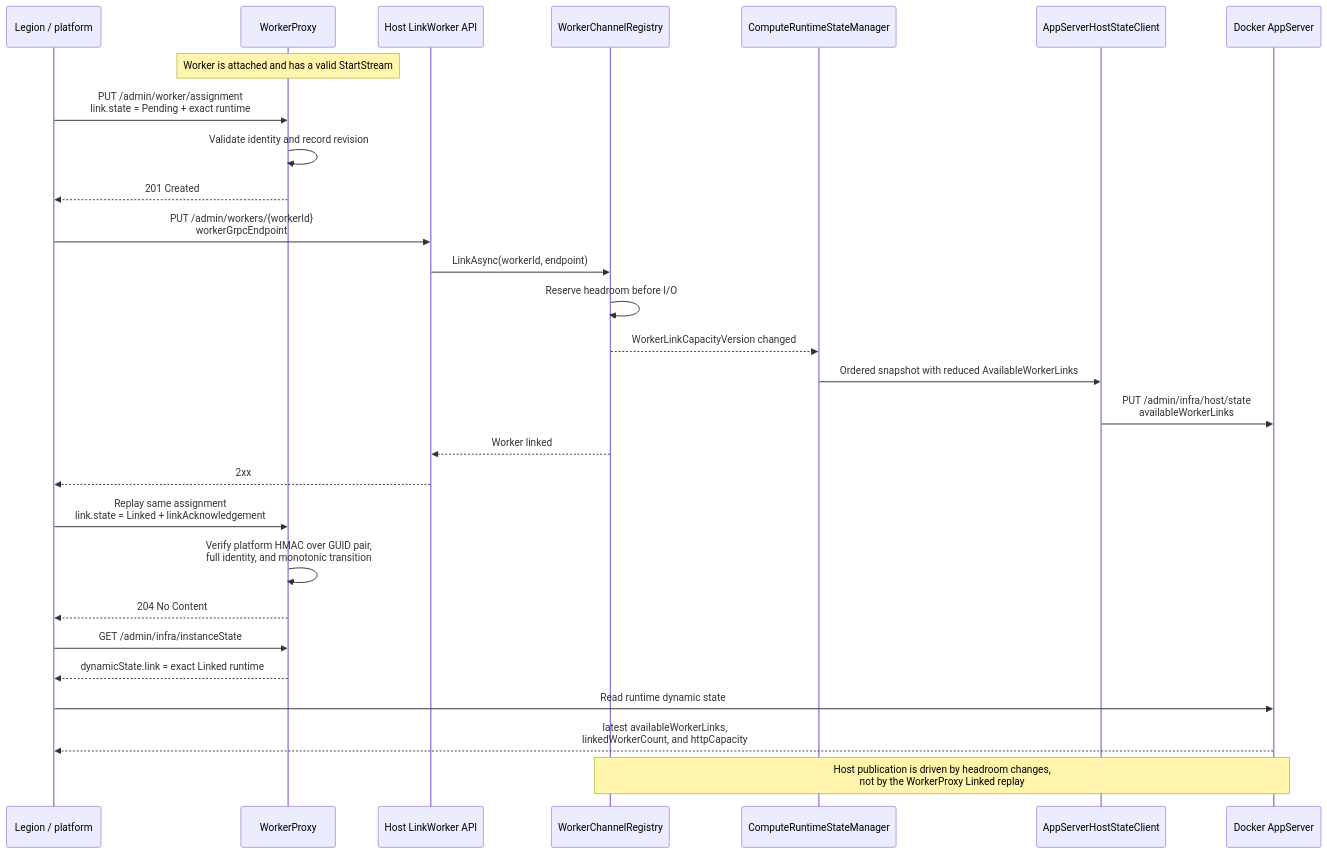
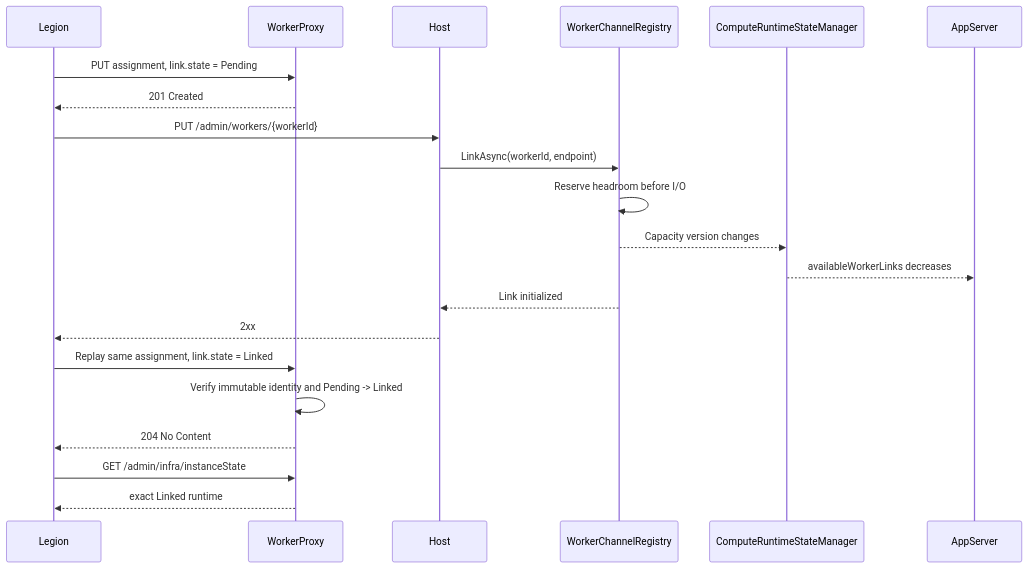
One commit to Azure/azure-functions-host changed the third of 3 diagrams in tools/ComputeSeparation/BYOCSplitWorkerSignals.md. Above: the diagram before and after it, drawn with Mermaid. The commit also changed other lines of this file and 17 other files, not shown here.

````diff
--- a/tools/ComputeSeparation/BYOCSplitWorkerSignals.md
+++ b/tools/ComputeSeparation/BYOCSplitWorkerSignals.md
@@ -72,34 +58,24 @@
 ```mermaid
 sequenceDiagram
-    participant Legion as Legion / platform
+    participant Legion
     participant Proxy as WorkerProxy
-    participant Host as Host LinkWorker API
+    participant Host
     participant Registry as WorkerChannelRegistry
-    participant State as ComputeRuntimeStateManager
-    participant Client as AppServerHostStateClient
-    participant Docker as Docker AppServer
+    participant Snapshot as ComputeRuntimeStateManager
+    participant AppServer
 
-    Note over Proxy: Worker is attached and has a valid StartStream
-    Legion->>Proxy: PUT /admin/worker/assignment<br/>link.state = Pending + exact runtime
-    Proxy->>Proxy: Validate identity and record revision
+    Legion->>Proxy: PUT assignment, link.state = Pending
     Proxy-->>Legion: 201 Created
-
-    Legion->>Host: PUT /admin/workers/{workerId}<br/>workerGrpcEndpoint
+    Legion->>Host: PUT /admin/workers/{workerId}
     Host->>Registry: LinkAsync(workerId, endpoint)
     Registry->>Registry: Reserve headroom before I/O
-    Registry-->>State: WorkerLinkCapacityVersion changed
-    State->>Client: Ordered snapshot with reduced AvailableWorkerLinks
-    Client->>Docker: PUT /admin/infra/host/state<br/>availableWorkerLinks
-    Registry-->>Host: Worker linked
+    Registry-->>Snapshot: Capacity version changes
+    Snapshot-->>AppServer: availableWorkerLinks decreases
+    Registry-->>Host: Link initialized
     Host-->>Legion: 2xx
-
-    Legion->>Proxy: Replay same assignment<br/>link.state = Linked + linkAcknowledgement
-    Proxy->>Proxy: Verify platform HMAC over GUID pair,<br/>full identity, and monotonic transition
+    Legion->>Proxy: Replay same assignment, link.state = Linked
+    Proxy->>Proxy: Verify immutable identity and Pending -> Linked
     Proxy-->>Legion: 204 No Content
     Legion->>Proxy: GET /admin/infra/instanceState
-    Proxy-->>Legion: dynamicState.link = exact Linked runtime
-    Legion->>Docker: Read runtime dynamic state
-    Docker-->>Legion: latest availableWorkerLinks,<br/>linkedWorkerCount, and httpCapacity
-
-    Note over Registry,Docker: Host publication is driven by headroom changes,<br/>not by the WorkerProxy Linked replay
+    Proxy-->>Legion: exact Linked runtime
 ```
````
